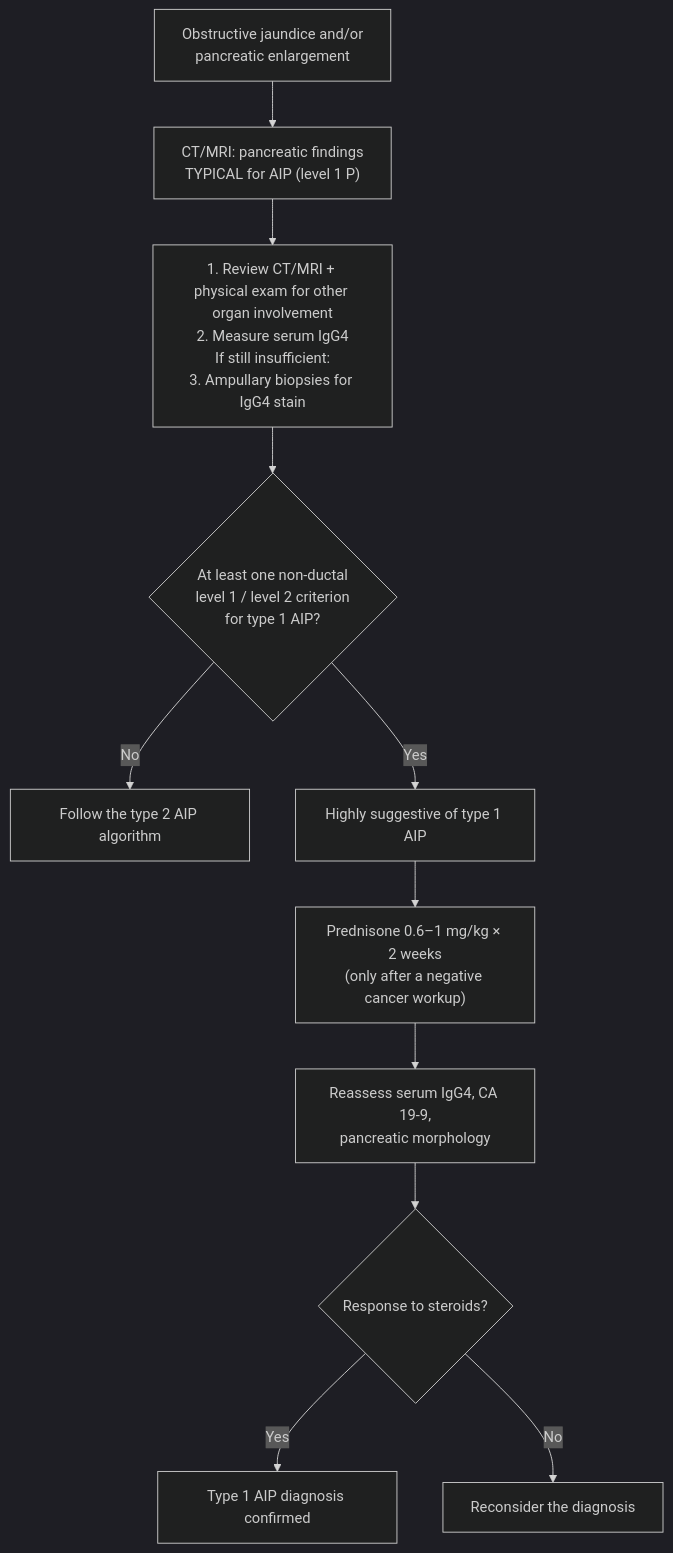
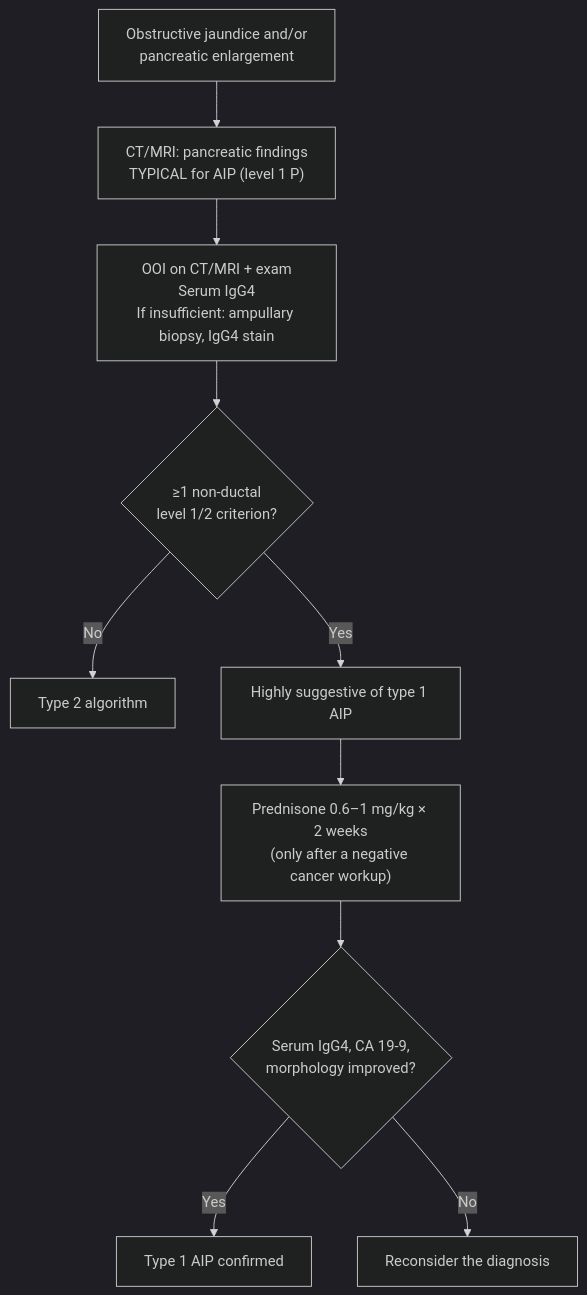
One commit to KHNickLeMD/KHNL-GI-Wiki changed the first of 2 diagrams in KHNL-GI-Wiki/wiki/1-disease-scripts/pancreaticobiliary-diseases/autoimmune-pancreatitis.md. Above: the diagram before and after it, drawn with Mermaid (dark theme). The commit also changed other lines of this file and 6 other files, not shown here.

````diff
--- a/KHNL-GI-Wiki/wiki/1-disease-scripts/pancreaticobiliary-diseases/autoimmune-pancreatitis.md
+++ b/KHNL-GI-Wiki/wiki/1-disease-scripts/pancreaticobiliary-diseases/autoimmune-pancreatitis.md
@@ -94,13 +94,12 @@
 ```mermaid
 flowchart TD
     A["Obstructive jaundice and/or<br/>pancreatic enlargement"] --> B["CT/MRI: pancreatic findings<br/>TYPICAL for AIP (level 1 P)"]
-    B --> C["1. Review CT/MRI + physical exam for other organ involvement<br/>2. Measure serum IgG4<br/>If still insufficient:<br/>3. Ampullary biopsies for IgG4 stain"]
-    C --> D{"At least one non-ductal<br/>level 1 / level 2 criterion<br/>for type 1 AIP?"}
-    D -->|No| E["Follow the type 2 AIP algorithm"]
+    B --> C["OOI on CT/MRI + exam<br/>Serum IgG4<br/>If insufficient: ampullary biopsy, IgG4 stain"]
+    C --> D{"≥1 non-ductal<br/>level 1/2 criterion?"}
+    D -->|No| E["Type 2 algorithm"]
     D -->|Yes| F["Highly suggestive of type 1 AIP"]
     F --> G["Prednisone 0.6–1 mg/kg × 2 weeks<br/>(only after a negative cancer workup)"]
-    G --> H["Reassess serum IgG4, CA 19-9,<br/>pancreatic morphology"]
-    H --> I{"Response to steroids?"}
-    I -->|Yes| J["Type 1 AIP diagnosis confirmed"]
-    I -->|No| K["Reconsider the diagnosis"]
+    G --> H{"Serum IgG4, CA 19-9,<br/>morphology improved?"}
+    H -->|Yes| I["Type 1 AIP confirmed"]
+    H -->|No| J["Reconsider the diagnosis"]
 ```
````
